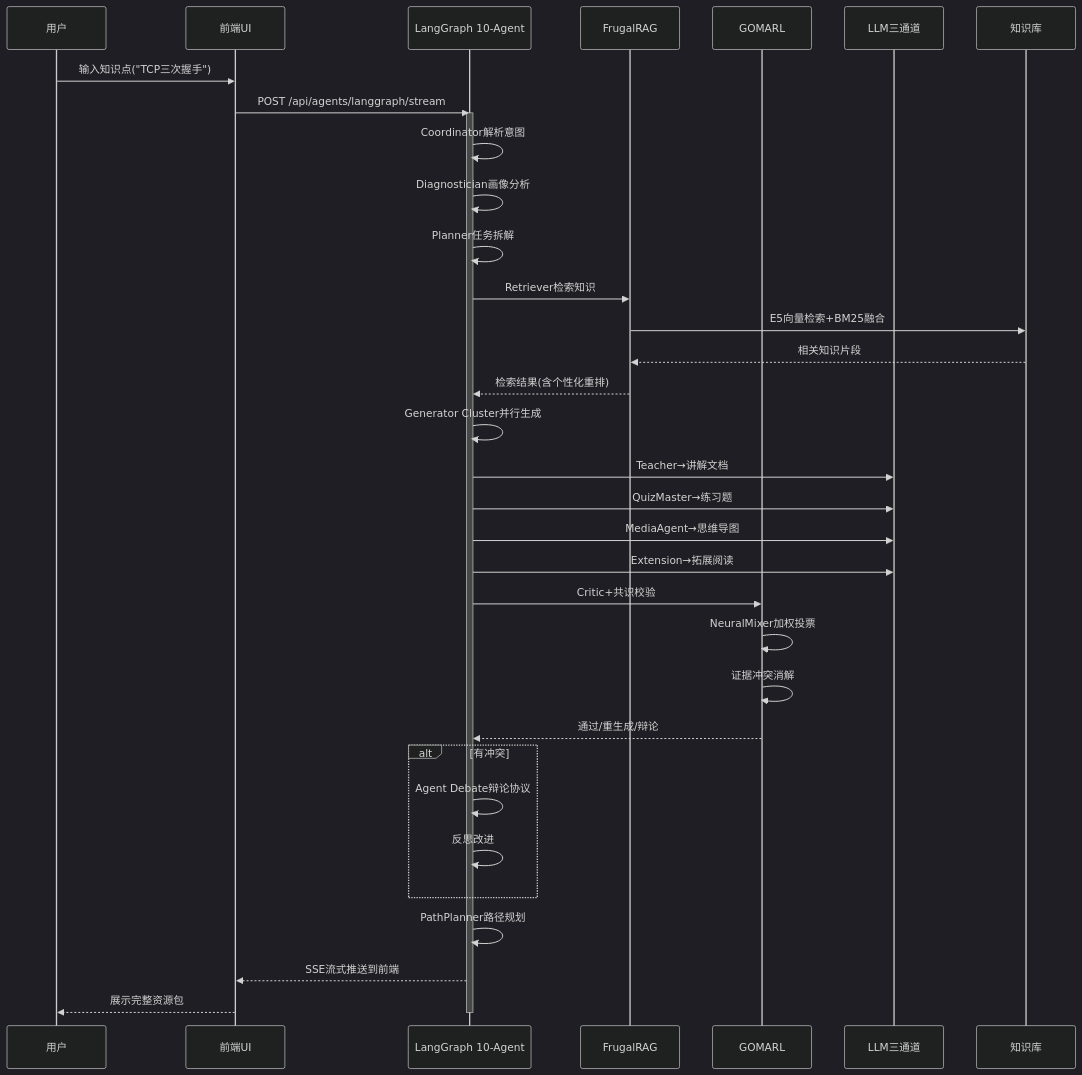
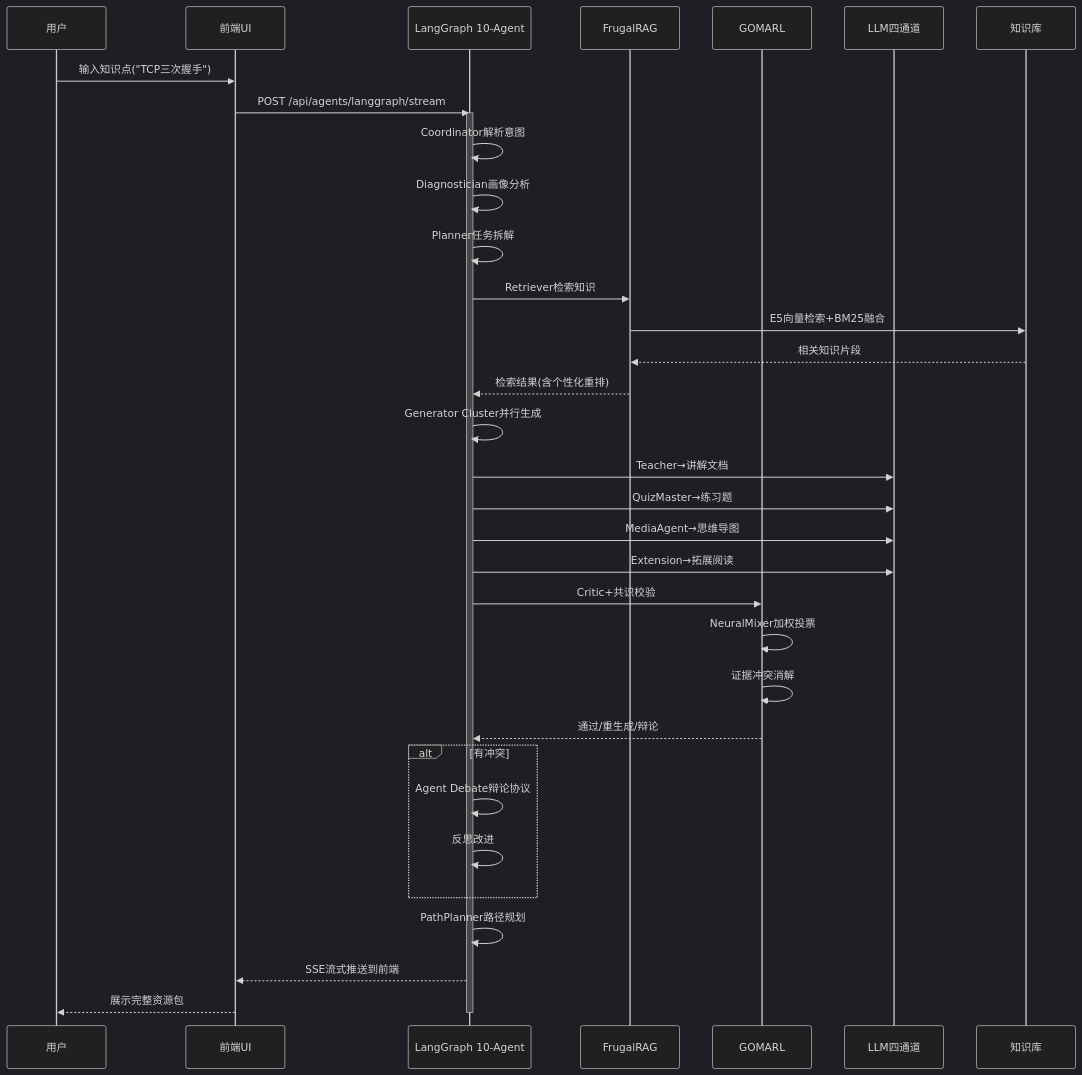
One commit to TrueFurina/MARS-408 changed the second of 2 diagrams in submission/02_配套文档/系统架构设计文档.md. Above: the diagram before and after it, drawn with Mermaid (dark theme). The commit also changed other lines of this file and 10 other files, not shown here.

````diff
--- a/submission/02_配套文档/系统架构设计文档.md
+++ b/submission/02_配套文档/系统架构设计文档.md
@@ -106,43 +106,43 @@
 ```mermaid
 sequenceDiagram
     participant U as 用户
     participant UI as 前端UI
     participant AG as LangGraph 10-Agent
     participant FR as FrugalRAG
     participant GO as GOMARL
-    participant LLM as LLM三通道
+    participant LLM as LLM四通道
     participant DB as 知识库
 
     U->>UI: 输入知识点("TCP三次握手")
     UI->>AG: POST /api/agents/langgraph/stream
     activate AG
     
     AG->>AG: Coordinator解析意图
     AG->>AG: Diagnostician画像分析
     AG->>AG: Planner任务拆解
     AG->>FR: Retriever检索知识
     FR->>DB: E5向量检索+BM25融合
     DB-->>FR: 相关知识片段
     FR-->>AG: 检索结果(含个性化重排)
     
     AG->>AG: Generator Cluster并行生成
     AG->>LLM: Teacher→讲解文档
     AG->>LLM: QuizMaster→练习题
     AG->>LLM: MediaAgent→思维导图
     AG->>LLM: Extension→拓展阅读
     
     AG->>GO: Critic+共识校验
     GO->>GO: NeuralMixer加权投票
     GO->>GO: 证据冲突消解
     GO-->>AG: 通过/重生成/辩论
     
     alt 有冲突
         AG->>AG: Agent Debate辩论协议
         AG->>AG: 反思改进
     end
     
     AG->>AG: PathPlanner路径规划
     AG-->>UI: SSE流式推送到前端
     UI-->>U: 展示完整资源包
     deactivate AG
 ```
````
